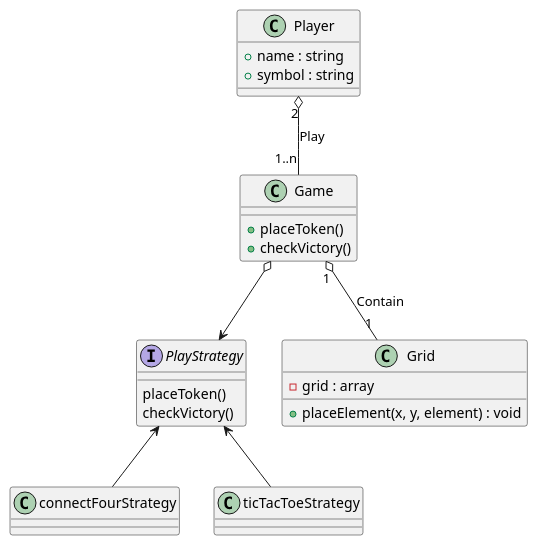
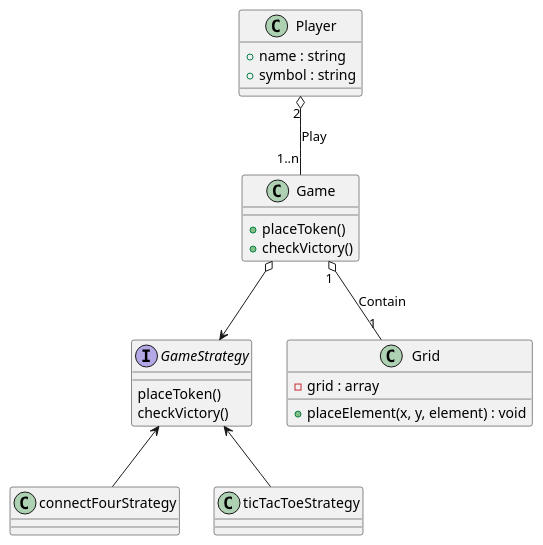
The diagram in TP3/class_diagram.plantuml (Augustin68/cours-c-), drawn with PlantUML before and after one commit. The commit also changed 4 other files, not shown here.

```diff
--- a/TP3/class_diagram.plantuml
+++ b/TP3/class_diagram.plantuml
@@ -1,29 +1,29 @@
 @startuml TP3_CPP
-PlayStrategy <-- connectFourStrategy
-PlayStrategy <-- ticTacToeStrategy
+GameStrategy <-- connectFourStrategy
+GameStrategy <-- ticTacToeStrategy
 
-Game o--> PlayStrategy
+Game o--> GameStrategy
 Game "1" o-- "1" Grid : Contain
 Player "2" o-- "1..n" Game : Play
 
 class Game {
-+ placeToken()
-+ checkVictory()
+    + placeToken()
+    + checkVictory()
 }
 
 class Player {
-+name : string
-+symbol : string
+    +name : string
+    +symbol : string
 }
 
 class Grid {
-- grid : array
-+ placeElement(x, y, element) : void
+    - grid : array
+    + placeElement(x, y, element) : void
 }
 
-interface PlayStrategy {
-placeToken()
-checkVictory()
+interface GameStrategy {
+    placeToken()
+    checkVictory()
 }
 
 @enduml
```
